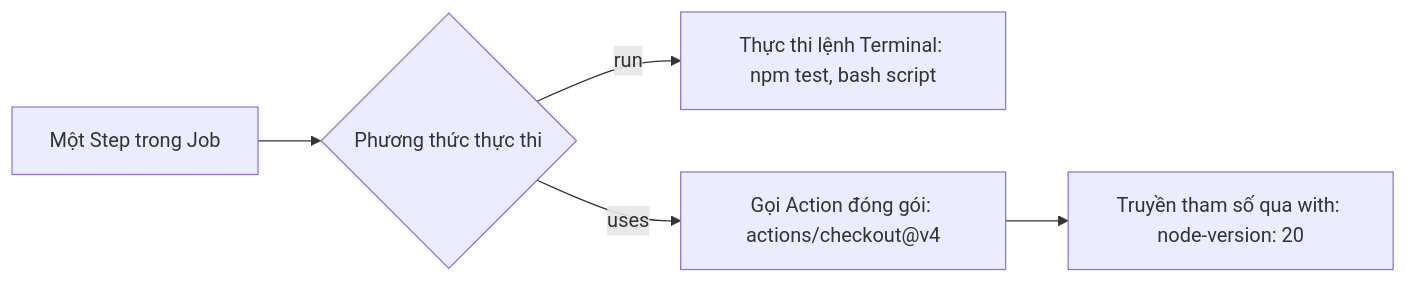
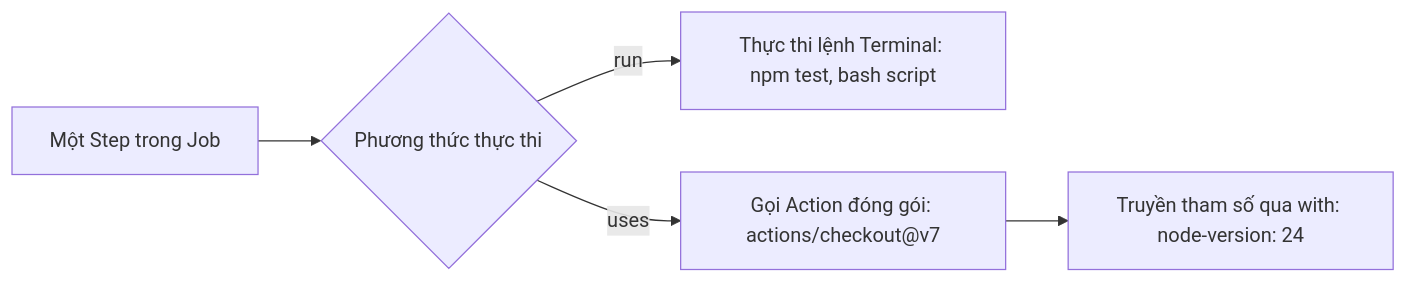
The diagram in courses/07-github-actions/09-run-vs-uses/lesson.md (maitamdev/Git), drawn with Mermaid before and after one commit. The commit also changed other lines of this file and 478 other files, not shown here.

````diff
--- a/courses/07-github-actions/09-run-vs-uses/lesson.md
+++ b/courses/07-github-actions/09-run-vs-uses/lesson.md
@@ -34,7 +34,7 @@
 ```mermaid
 flowchart LR
     Step[Một Step trong Job] --> Choice{Phương thức thực thi}
     Choice -- run --> Shell[Thực thi lệnh Terminal: npm test, bash script]
-    Choice -- uses --> Prebuilt[Gọi Action đóng gói: actions/checkout@v4]
-    Prebuilt --> With[Truyền tham số qua with: node-version: 20]
+    Choice -- uses --> Prebuilt[Gọi Action đóng gói: actions/checkout@v7]
+    Prebuilt --> With[Truyền tham số qua with: node-version: 24]
 ```
````
